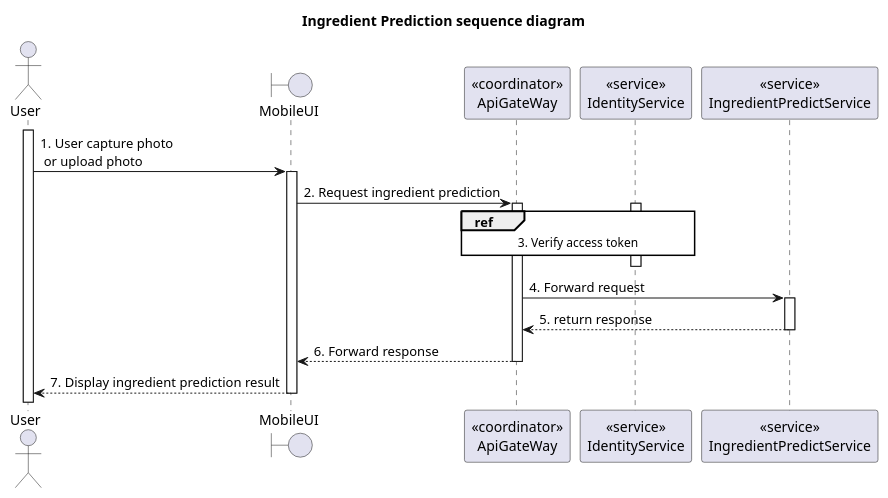
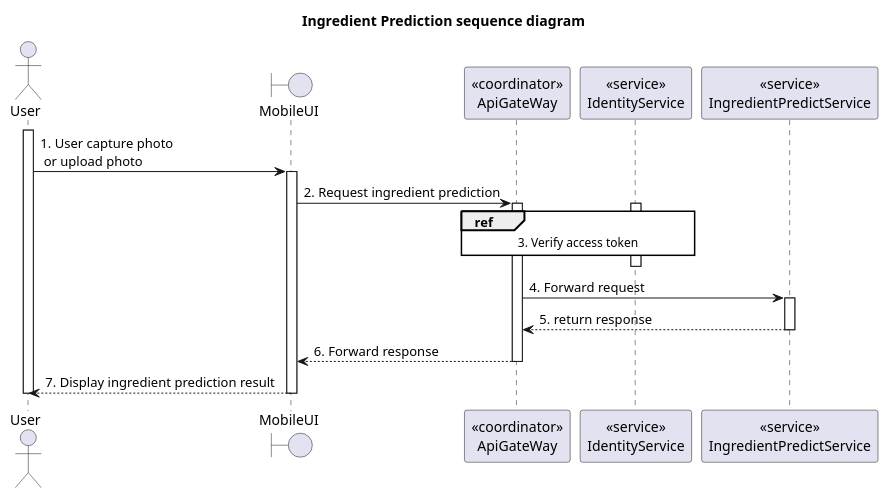
One commit to Carl-Johnsons/tastopia changed the diagram in doc/SDS/Ingredient Prediction/Sequence.plantuml. Above: the diagram before and after it, drawn with PlantUML. The commit also changed 28 other files, not shown here.

```diff
--- a/doc/SDS/Ingredient Prediction/Sequence.plantuml
+++ b/doc/SDS/Ingredient Prediction/Sequence.plantuml
@@ -1,35 +1,35 @@
 @startuml Sequence
 title "Ingredient Prediction sequence diagram"
 
 ' Style section
 <style>
   sequenceDiagram {
     reference {
       BackGroundColor white
     }
 }
 </style>
 
 
 actor User
 activate User
 
 boundary MobileUI
 participant "<<coordinator>>\nApiGateWay" as ApiGateway
 participant "<<service>>\nIdentityService" as IdentityService
 participant "<<service>>\nIngredientPredictService" as IngredientPredictService
 
 User -> MobileUI++: 1. User capture photo \n or upload photo
 MobileUI -> ApiGateway++: 2. Request ingredient prediction 
 
 activate IdentityService
 ref over ApiGateway, IdentityService: 3. Verify access token
 ApiGateway -[hidden]-> IdentityService
 deactivate IdentityService
 
 ApiGateway -> IngredientPredictService++: 4. Forward request
 ApiGateway <-- IngredientPredictService--: 5. return response
 MobileUI <-- ApiGateway--: 6. Forward response
 User <-- MobileUI--: 7. Display ingredient prediction result
-
+deactivate User
 @enduml
```
